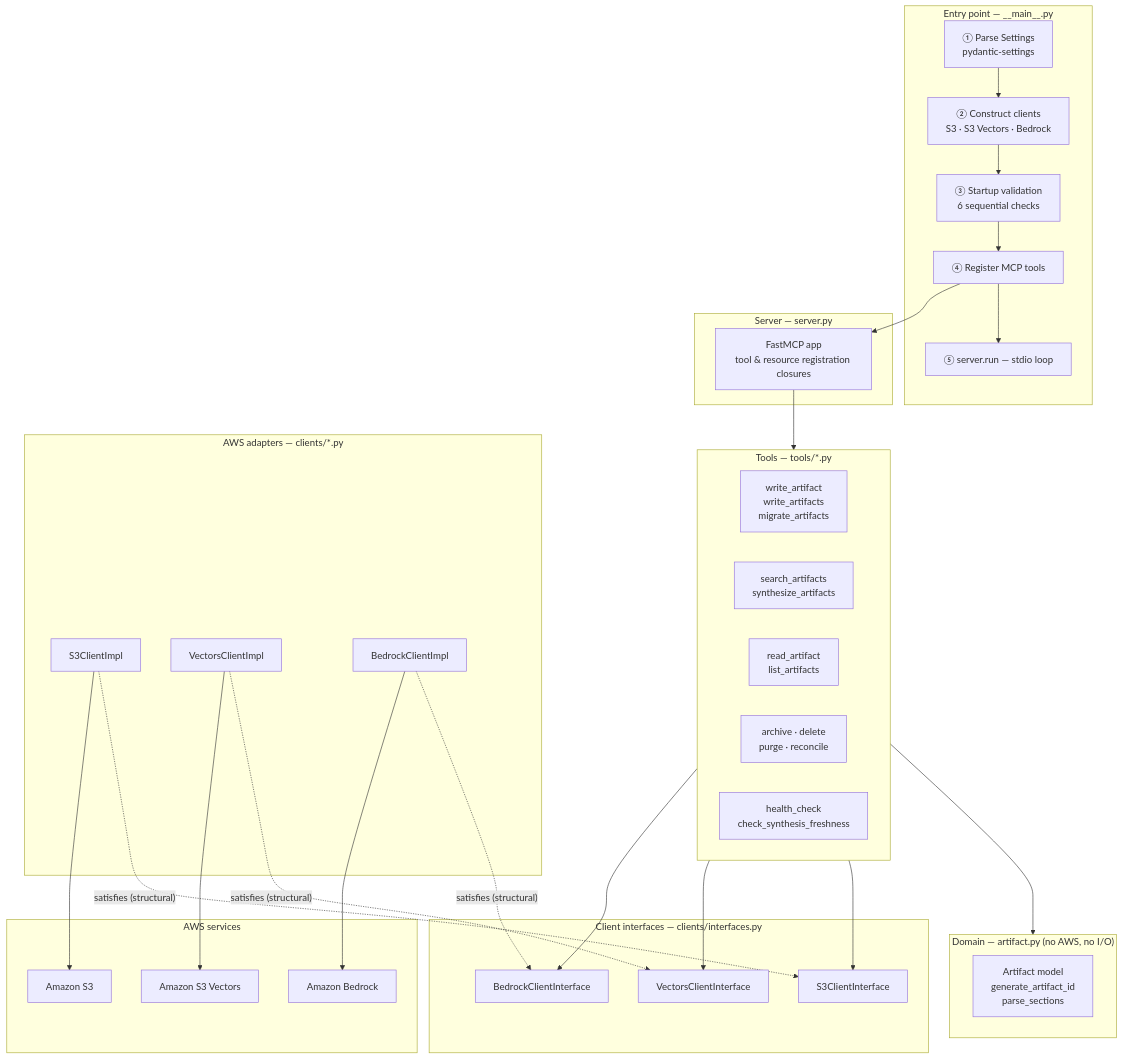
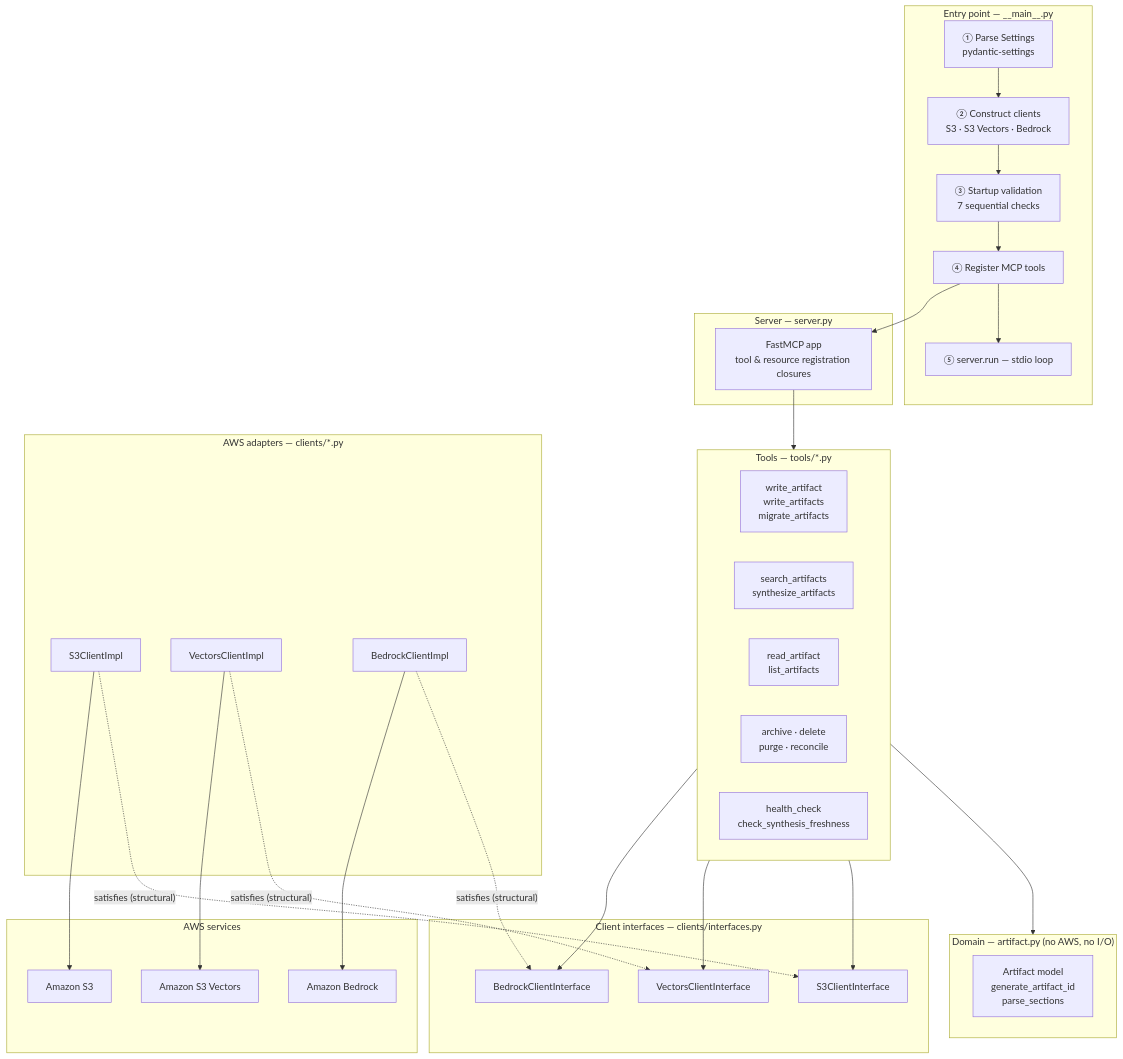
Before and after one commit to amanoxsolutions/arkeology: the second of 3 diagrams in docs/architecture-decisions/overview.md, drawn with Mermaid. The commit also changed other lines of this file and 10 other files, not shown here.

````diff
--- a/docs/architecture-decisions/overview.md
+++ b/docs/architecture-decisions/overview.md
@@ -49,59 +49,59 @@
 ```mermaid
 graph TD
     subgraph Entry["Entry point — __main__.py"]
         CFG["① Parse Settings\npydantic-settings"]
         CLI["② Construct clients\nS3 · S3 Vectors · Bedrock"]
-        SV["③ Startup validation\n6 sequential checks"]
+        SV["③ Startup validation\n7 sequential checks"]
         REG["④ Register MCP tools"]
         RUN["⑤ server.run — stdio loop"]
         CFG --> CLI --> SV --> REG --> RUN
     end
 
     subgraph ServerLayer["Server — server.py"]
         FM["FastMCP app\ntool & resource registration closures"]
     end
 
     subgraph ToolLayer["Tools — tools/*.py"]
         direction LR
         TW["write_artifact\nwrite_artifacts\nmigrate_artifacts"]
         TS["search_artifacts\nsynthesize_artifacts"]
         TR["read_artifact\nlist_artifacts"]
         TM["archive · delete\npurge · reconcile"]
         TH["health_check\ncheck_synthesis_freshness"]
     end
 
     subgraph DomainLayer["Domain — artifact.py (no AWS, no I/O)"]
         DM["Artifact model\ngenerate_artifact_id\nparse_sections"]
     end
 
     subgraph InterfaceLayer["Client interfaces — clients/interfaces.py"]
         IS3["S3ClientInterface"]
         IV["VectorsClientInterface"]
         IB["BedrockClientInterface"]
     end
 
     subgraph AdapterLayer["AWS adapters — clients/*.py"]
         AS3["S3ClientImpl"]
         AV["VectorsClientImpl"]
         AB["BedrockClientImpl"]
     end
 
     subgraph AWSLayer["AWS services"]
         S3["Amazon S3"]
         S3V["Amazon S3 Vectors"]
         BD["Amazon Bedrock"]
     end
 
     REG --> FM
     FM --> ToolLayer
     ToolLayer --> DomainLayer
     ToolLayer --> IS3
     ToolLayer --> IV
     ToolLayer --> IB
     AS3 -. "satisfies (structural)" .-> IS3
     AV -. "satisfies (structural)" .-> IV
     AB -. "satisfies (structural)" .-> IB
     AS3 --> S3
     AV --> S3V
     AB --> BD
 ```
````
